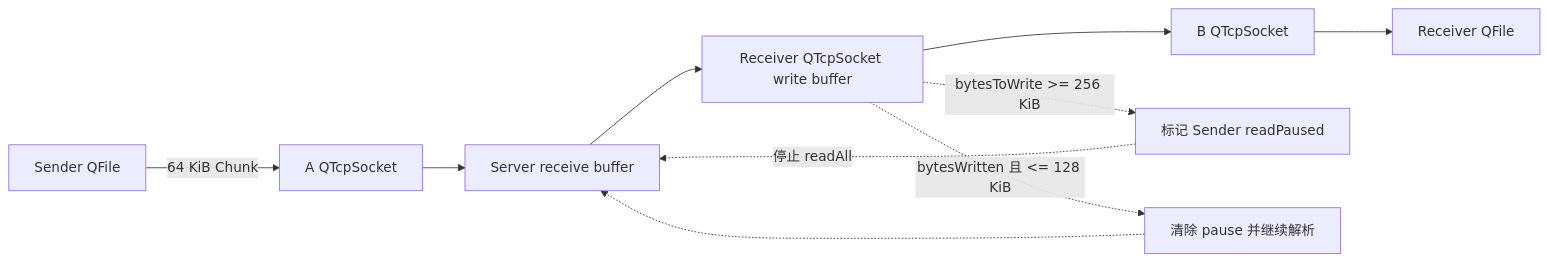
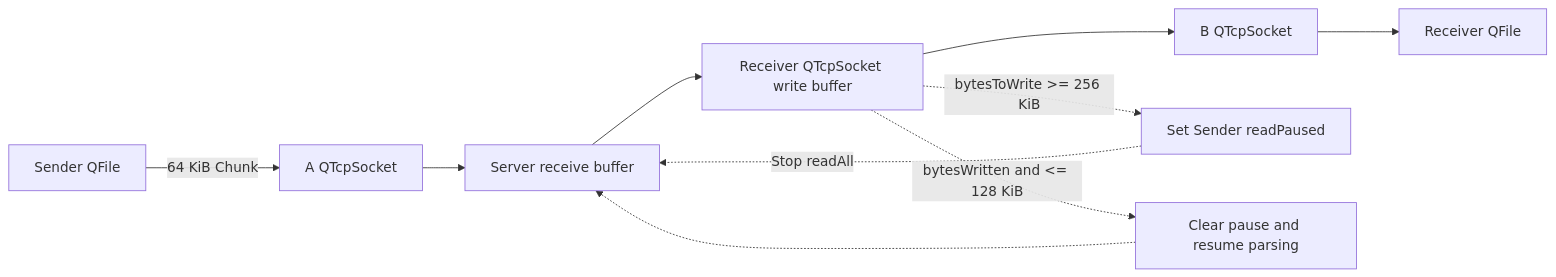
The sixth of 6 diagrams in docs/architecture.md (meriwetherfennern52-cloud/QtLink), drawn with Mermaid before and after one commit. The commit also changed other lines of this file and 2 other files, not shown here.

````diff
--- a/docs/architecture.md
+++ b/docs/architecture.md
@@ -204,13 +204,13 @@
 ```mermaid
 flowchart LR
     File[Sender QFile] -->|64 KiB Chunk| AS[A QTcpSocket]
     AS --> SR[Server receive buffer]
     SR --> SW[Receiver QTcpSocket write buffer]
     SW --> BS[B QTcpSocket]
     BS --> Out[Receiver QFile]
 
-    SW -. bytesToWrite >= 256 KiB .-> Pause[标记 Sender readPaused]
-    Pause -. 停止 readAll .-> SR
-    SW -. bytesWritten 且 <= 128 KiB .-> Resume[清除 pause 并继续解析]
+    SW -. bytesToWrite >= 256 KiB .-> Pause[Set Sender readPaused]
+    Pause -. Stop readAll .-> SR
+    SW -. bytesWritten and <= 128 KiB .-> Resume[Clear pause and resume parsing]
     Resume -.-> SR
 ```
````
